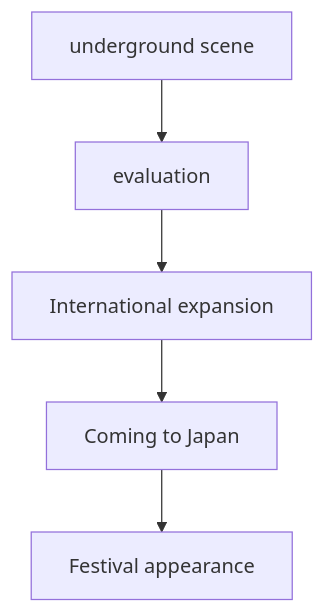
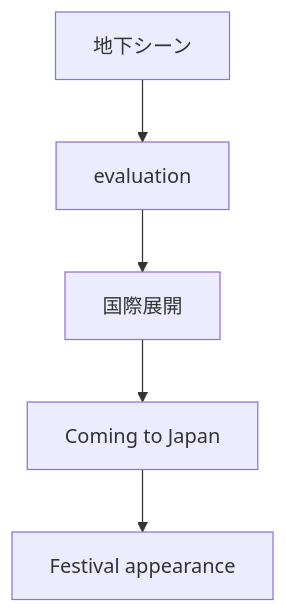
One commit to monumental-movement/monumental-movement.github.io changed the sixth of 7 diagrams in en/_posts/2026-04-11-column-angine-de-poitrine.md. Above: the diagram before and after it, drawn with Mermaid. The commit also changed other lines of this file and 445 other files, not shown here.

```diff
--- a/en/_posts/2026-04-11-column-angine-de-poitrine.md
+++ b/en/_posts/2026-04-11-column-angine-de-poitrine.md
@@ -173,7 +173,7 @@
 <div class="mermaid">
 flowchart TD
-A[underground scene] --> B[evaluation]
-B --> C[International expansion]
+A[地下シーン] --> B[evaluation]
+B --> C[国際展開]
 C --> D[Coming to Japan]
 D --> E[Festival appearance]
 </div>
```
